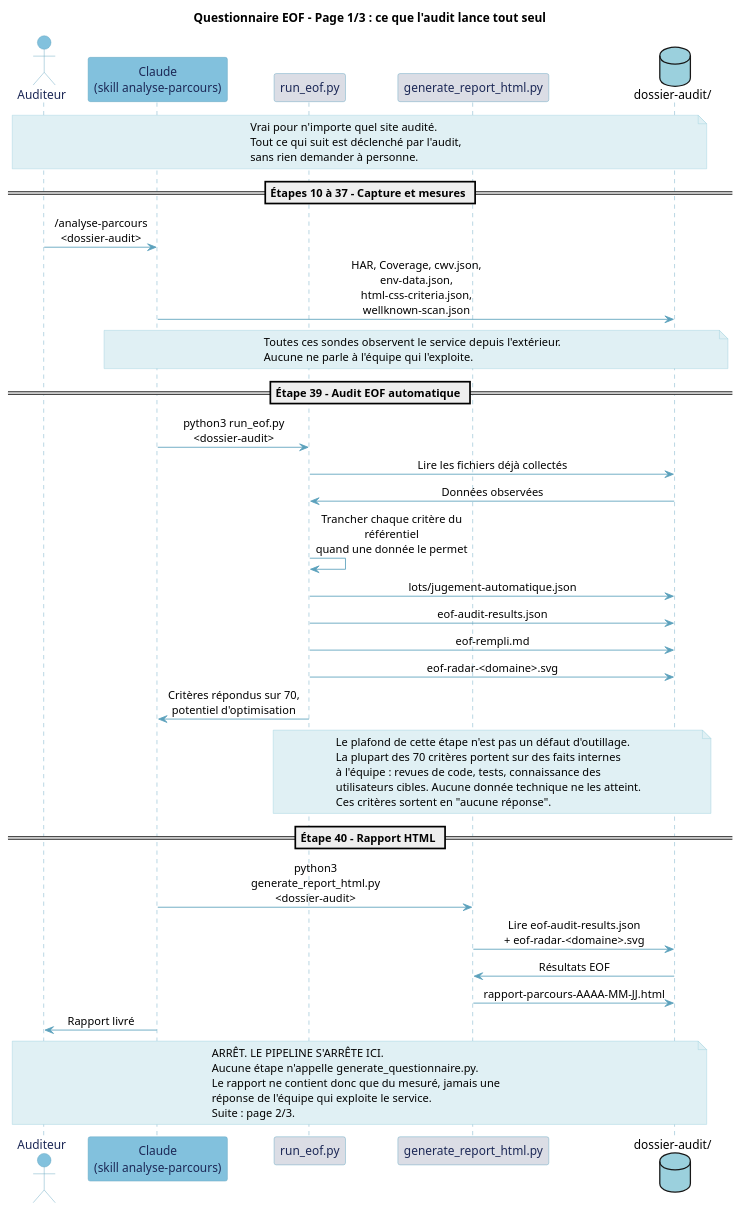
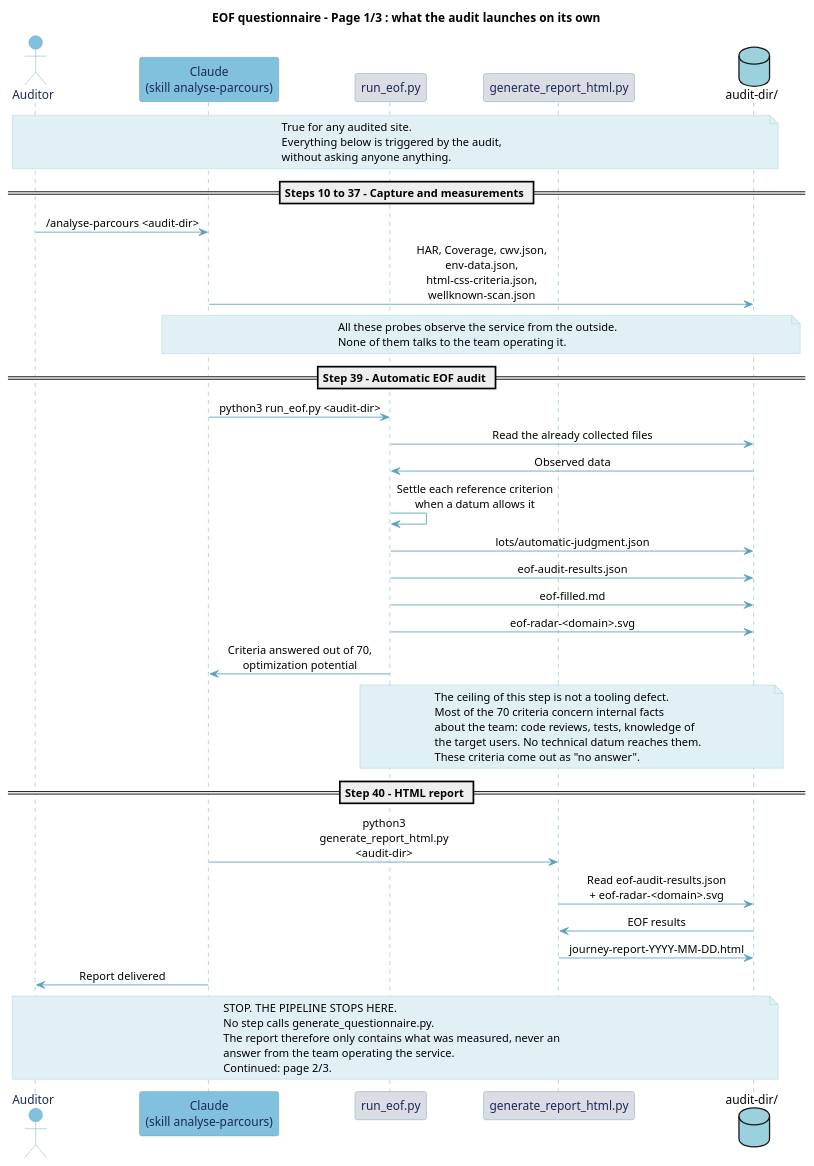
One commit to Boavizta/eroom changed the diagram in documentation/diagrammes/eof-questionnaire-sequence-p1.puml. Above: the diagram before and after it, drawn with PlantUML. The commit also changed 228 other files, not shown here.

```diff
--- a/documentation/diagrammes/eof-questionnaire-sequence-p1.puml
+++ b/documentation/diagrammes/eof-questionnaire-sequence-p1.puml
@@ -1,83 +1,83 @@
 @startuml eof-questionnaire-sequence-p1
-title Questionnaire EOF - Page 1/3 : ce que l'audit lance tout seul
+title EOF questionnaire - Page 1/3 : what the audit launches on its own
 
 skinparam backgroundColor #FFFFFF
 skinparam participant {
   BackgroundColor #E0F0F4
   BorderColor #5BA1BC
   FontColor #1C2856
 }
 skinparam actor {
   BackgroundColor #E0F0F4
   BorderColor #5BA1BC
   FontColor #1C2856
 }
 skinparam ArrowColor #5BA1BC
 skinparam SequenceLifeLineBorderColor #5BA1BC
 skinparam SequenceGroupBodyBackgroundColor #ECECF2
 skinparam SequenceGroupBorderColor #5BA1BC
 skinparam NoteBackgroundColor #E0F0F4
 skinparam NoteBorderColor #9BD0DD
 skinparam sequenceMessageAlign center
 skinparam maxMessageSize 200
 skinparam responseMessageBelowArrow true
 
-actor "Auditeur" as U #82C1DD
+actor "Auditor" as U #82C1DD
 participant "Claude\n(skill analyse-parcours)" as C #82C1DD
 participant "run_eof.py" as REOF #DBDDE5
 participant "generate_report_html.py" as GR #DBDDE5
-database "dossier-audit/" as FS #9BD0DD
+database "audit-dir/" as FS #9BD0DD
 
 note over U, FS
-  Vrai pour n'importe quel site audité.
-  Tout ce qui suit est déclenché par l'audit,
-  sans rien demander à personne.
+  True for any audited site.
+  Everything below is triggered by the audit,
+  without asking anyone anything.
 end note
 
-== Étapes 10 à 37 - Capture et mesures ==
+== Steps 10 to 37 - Capture and measurements ==
 
-U -> C : /analyse-parcours <dossier-audit>
+U -> C : /analyse-parcours <audit-dir>
 C -> FS : HAR, Coverage, cwv.json, env-data.json,\nhtml-css-criteria.json, wellknown-scan.json
 
 note over C, FS
-  Toutes ces sondes observent le service depuis l'extérieur.
-  Aucune ne parle à l'équipe qui l'exploite.
+  All these probes observe the service from the outside.
+  None of them talks to the team operating it.
 end note
 
-== Étape 39 - Audit EOF automatique ==
+== Step 39 - Automatic EOF audit ==
 
-C -> REOF : python3 run_eof.py <dossier-audit>
-REOF -> FS : Lire les fichiers déjà collectés
-FS -> REOF : Données observées
-REOF -> REOF : Trancher chaque critère du référentiel\nquand une donnée le permet
-REOF -> FS : lots/jugement-automatique.json
+C -> REOF : python3 run_eof.py <audit-dir>
+REOF -> FS : Read the already collected files
+FS -> REOF : Observed data
+REOF -> REOF : Settle each reference criterion\nwhen a datum allows it
+REOF -> FS : lots/automatic-judgment.json
 REOF -> FS : eof-audit-results.json
-REOF -> FS : eof-rempli.md
-REOF -> FS : eof-radar-<domaine>.svg
-REOF -> C : Critères répondus sur 70,\npotentiel d'optimisation
+REOF -> FS : eof-filled.md
+REOF -> FS : eof-radar-<domain>.svg
+REOF -> C : Criteria answered out of 70,\noptimization potential
 
 note over REOF, FS
-  Le plafond de cette étape n'est pas un défaut d'outillage.
-  La plupart des 70 critères portent sur des faits internes
-  à l'équipe : revues de code, tests, connaissance des
-  utilisateurs cibles. Aucune donnée technique ne les atteint.
-  Ces critères sortent en "aucune réponse".
+  The ceiling of this step is not a tooling defect.
+  Most of the 70 criteria concern internal facts
+  about the team: code reviews, tests, knowledge of
+  the target users. No technical datum reaches them.
+  These criteria come out as "no answer".
 end note
 
-== Étape 40 - Rapport HTML ==
+== Step 40 - HTML report ==
 
-C -> GR : python3 generate_report_html.py <dossier-audit>
-GR -> FS : Lire eof-audit-results.json\n+ eof-radar-<domaine>.svg
-FS -> GR : Résultats EOF
-GR -> FS : rapport-parcours-AAAA-MM-JJ.html
-C -> U : Rapport livré
+C -> GR : python3 generate_report_html.py <audit-dir>
+GR -> FS : Read eof-audit-results.json\n+ eof-radar-<domain>.svg
+FS -> GR : EOF results
+GR -> FS : journey-report-YYYY-MM-DD.html
+C -> U : Report delivered
 
 note over U, FS
-  ARRÊT. LE PIPELINE S'ARRÊTE ICI.
-  Aucune étape n'appelle generate_questionnaire.py.
-  Le rapport ne contient donc que du mesuré, jamais une
-  réponse de l'équipe qui exploite le service.
-  Suite : page 2/3.
+  STOP. THE PIPELINE STOPS HERE.
+  No step calls generate_questionnaire.py.
+  The report therefore only contains what was measured, never an
+  answer from the team operating the service.
+  Continued: page 2/3.
 end note
 
 @enduml
```
